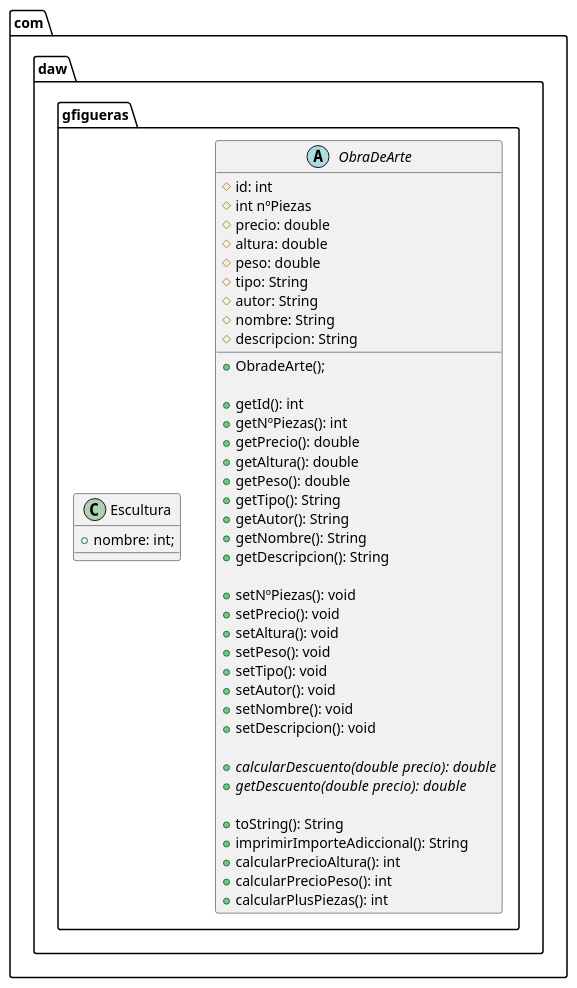
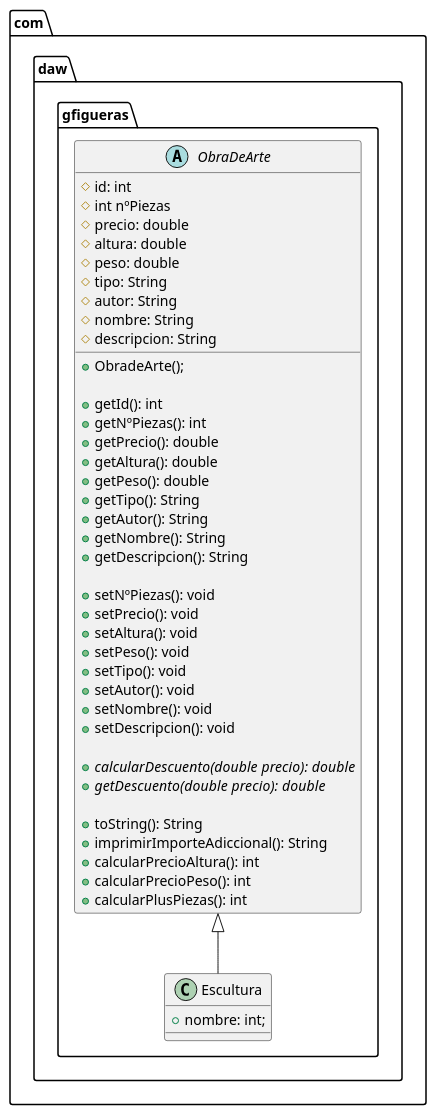
The diagram in Clases.puml (GFigueras03/gf_practica), drawn with PlantUML before and after one commit.

Commit message:
diagrama de clases

```diff
--- a/Clases.puml
+++ b/Clases.puml
@@ -1,50 +1,50 @@
 @startuml Galeria
 package com.daw.gfigueras {
    abstract class ObraDeArte{
     # id: int
     # int nºPiezas
     #  precio: double
     #  altura: double
     #  peso: double
     #  tipo: String
     #  autor: String
     #  nombre: String
     #  descripcion: String
 
     + ObradeArte();
 
     + getId(): int
     + getNºPiezas(): int
     + getPrecio(): double
     + getAltura(): double
     + getPeso(): double
     + getTipo(): String
     + getAutor(): String
     + getNombre(): String
     + getDescripcion(): String
 
     + setNºPiezas(): void 
     + setPrecio(): void 
     + setAltura(): void 
     + setPeso(): void 
     + setTipo(): void 
     + setAutor(): void 
     + setNombre(): void 
     + setDescripcion(): void 
 
     + {abstract} calcularDescuento(double precio):  double
     + {abstract} getDescuento(double precio):  double
 
     + toString(): String
     + imprimirImporteAdiccional(): String
     + calcularPrecioAltura(): int 
     + calcularPrecioPeso(): int 
     + calcularPlusPiezas(): int 
 }
 
-class Escultura{
+class Escultura extends ObraDeArte{
     +nombre: int;
 }  
 }
 
 @enduml
```
